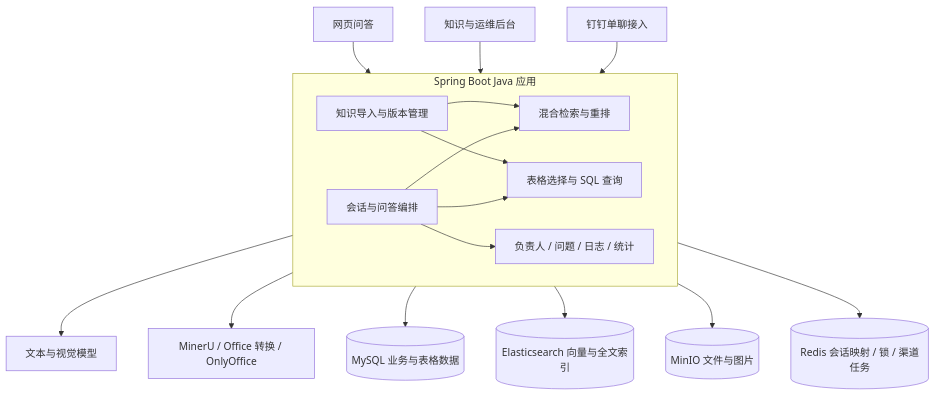
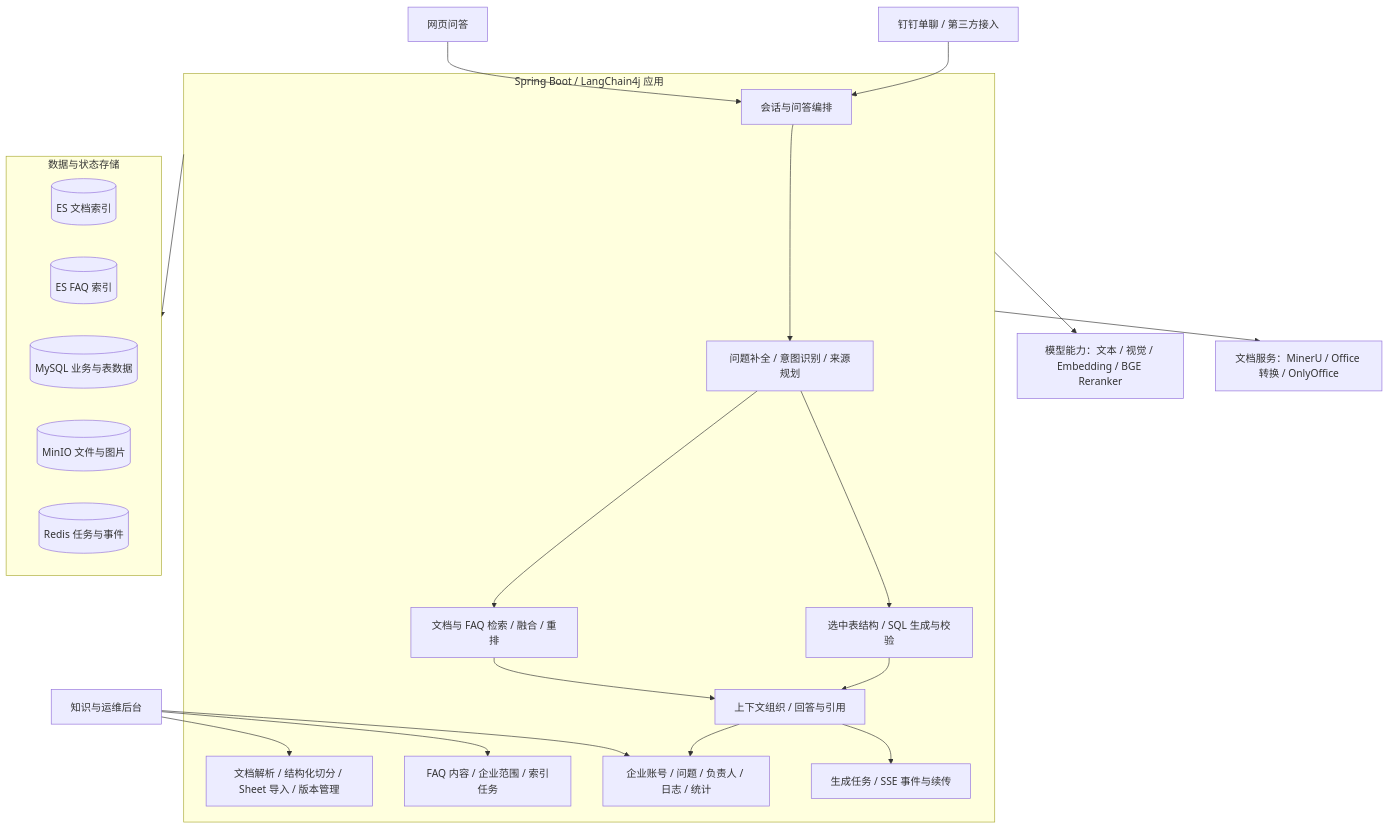
The first of 7 diagrams in README.md (Yancyxiao/MES-MOM), drawn with Mermaid before and after one commit. The commit also changed other lines of this file and 6 other files, not shown here.

Commit message:
Refresh project showcase with current architecture and FAQ workflows

````diff
--- a/README.md
+++ b/README.md
@@ -102,26 +155,32 @@
 ```mermaid
 flowchart TB
-    WEB[网页问答] --> APP
-    ADMIN[知识与运维后台] --> APP
-    DING[钉钉单聊接入] --> APP
+    WEB["网页问答"] --> CHAT
+    DING["钉钉单聊 / 第三方接入"] --> CHAT
+    ADMIN["知识与运维后台"] --> KNOW
+    ADMIN --> FAQ
+    ADMIN --> OPS
 
-    subgraph APP[Spring Boot Java 应用]
-        CHAT[会话与问答编排]
-        KNOW[知识导入与版本管理]
-        RAG[混合检索与重排]
-        SQL[表格选择与 SQL 查询]
-        OPS[负责人 / 问题 / 日志 / 统计]
-        CHAT --> RAG
-        CHAT --> SQL
-        CHAT --> OPS
-        KNOW --> RAG
-        KNOW --> SQL
+    subgraph APP["Spring Boot / LangChain4j 应用"]
+        CHAT["会话与问答编排"] --> UNDERSTAND["问题补全 / 意图识别 / 来源规划"]
+        UNDERSTAND --> RAG["文档与 FAQ 检索 / 融合 / 重排"]
+        UNDERSTAND --> SQL["选中表结构 / SQL 生成与校验"]
+        RAG --> ANSWER["上下文组织 / 回答与引用"]
+        SQL --> ANSWER
+        ANSWER --> RUN["生成任务 / SSE 事件与续传"]
+        KNOW["文档解析 / 结构化切分 / Sheet 导入 / 版本管理"]
+        FAQ["FAQ 内容 / 企业范围 / 索引任务"]
+        OPS["企业账号 / 问题 / 负责人 / 日志 / 统计"]
+        ANSWER --> OPS
     end
 
-    APP --> LLM[文本与视觉模型]
-    APP --> PARSE[MinerU / Office 转换 / OnlyOffice]
-    APP --> MYSQL[(MySQL 业务与表格数据)]
-    APP --> ES[(Elasticsearch 向量与全文索引)]
-    APP --> MINIO[(MinIO 文件与图片)]
-    APP --> REDIS[(Redis 会话映射 / 锁 / 渠道任务)]
+    APP --> AI["模型能力：文本 / 视觉 / Embedding / BGE Reranker"]
+    APP --> PARSE["文档服务：MinerU / Office 转换 / OnlyOffice"]
+    APP --> STORAGE
+    subgraph STORAGE["数据与状态存储"]
+        DOCS[("ES 文档索引")]
+        FAQINDEX[("ES FAQ 索引")]
+        DB[("MySQL 业务与表数据")]
+        FILES[("MinIO 文件与图片")]
+        REDIS[("Redis 任务与事件")]
+    end
 ```
````
